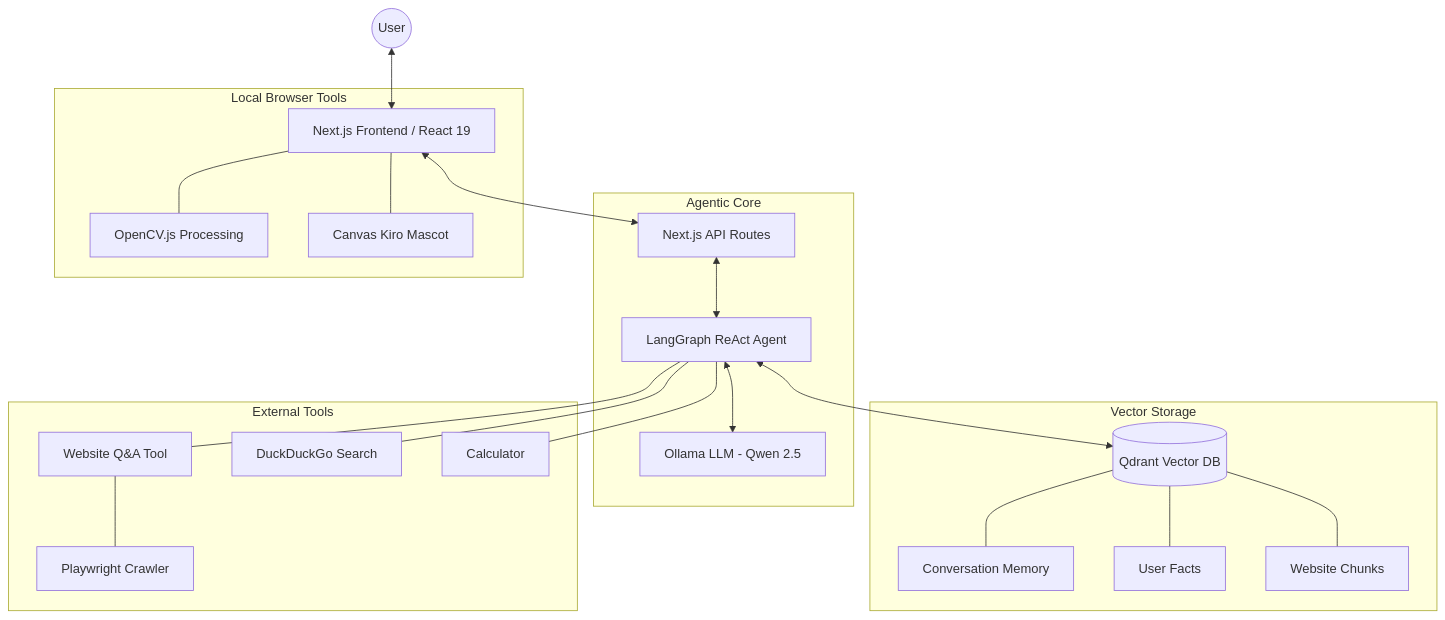
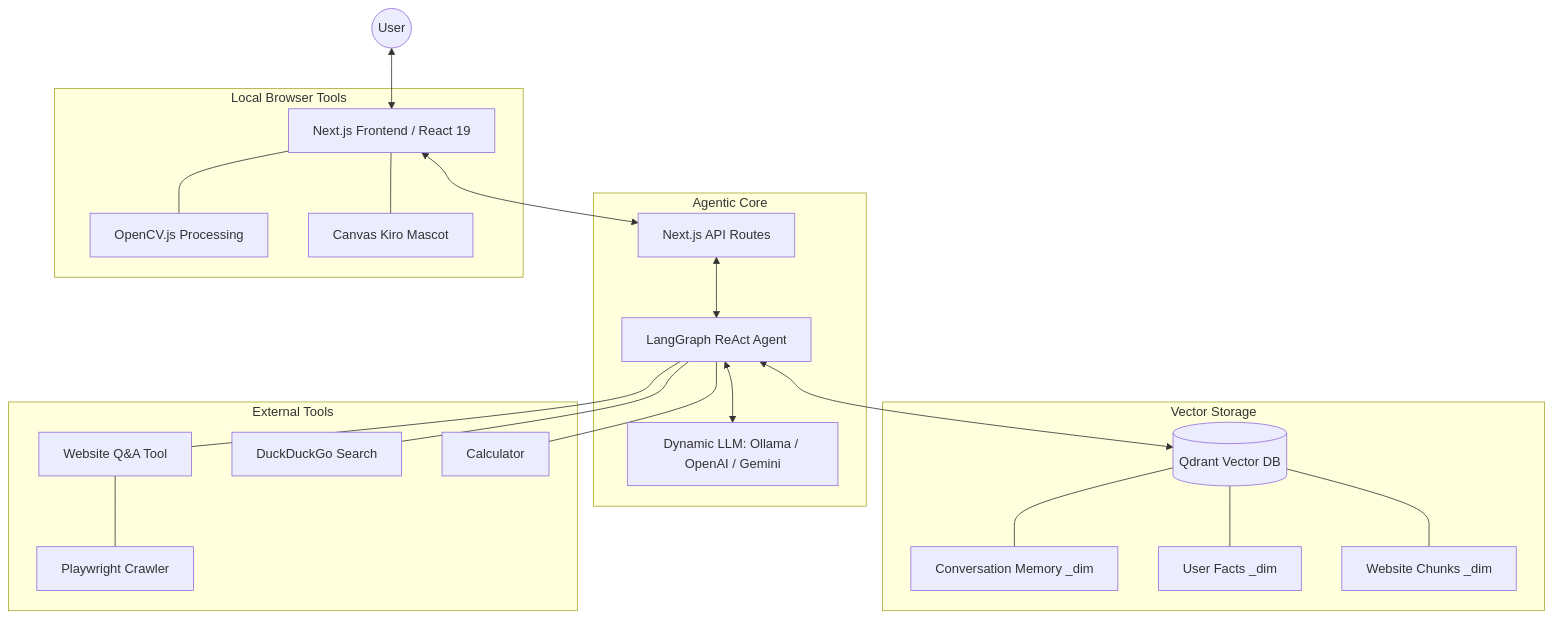
Before and after one commit to tarunkumar-sys/CHAT_BOT: the diagram in README.md, drawn with Mermaid. The commit also changed other lines of this file and 15 other files, not shown here.

````diff
--- a/README.md
+++ b/README.md
@@ -45,29 +48,29 @@
 ```mermaid
 graph TD
     User((User)) <--> UI[Next.js Frontend / React 19]
     UI <--> API[Next.js API Routes]
     
     subgraph Agent_Orchestrator [Agentic Core]
         API <--> LG[LangGraph ReAct Agent]
-        LG <--> LLM[Ollama LLM - Qwen 2.5]
+        LG <--> LLM[Dynamic LLM: Ollama / OpenAI / Gemini]
     end
     
     subgraph Knowledge_Base [Vector Storage]
         LG <--> Qdrant[(Qdrant Vector DB)]
-        Qdrant --- CM[Conversation Memory]
-        Qdrant --- UM[User Facts]
-        Qdrant --- WC[Website Chunks]
+        Qdrant --- CM[Conversation Memory _dim]
+        Qdrant --- UM[User Facts _dim]
+        Qdrant --- WC[Website Chunks _dim]
     end
     
     subgraph Tools [External Tools]
         LG --- WQA[Website Q&A Tool]
         LG --- Search[DuckDuckGo Search]
         LG --- Calc[Calculator]
         WQA --- Crawler[Playwright Crawler]
     end
     
     subgraph Client_Side [Local Browser Tools]
         UI --- CV[OpenCV.js Processing]
         UI --- Mascot[Canvas Kiro Mascot]
     end
 ```
````
